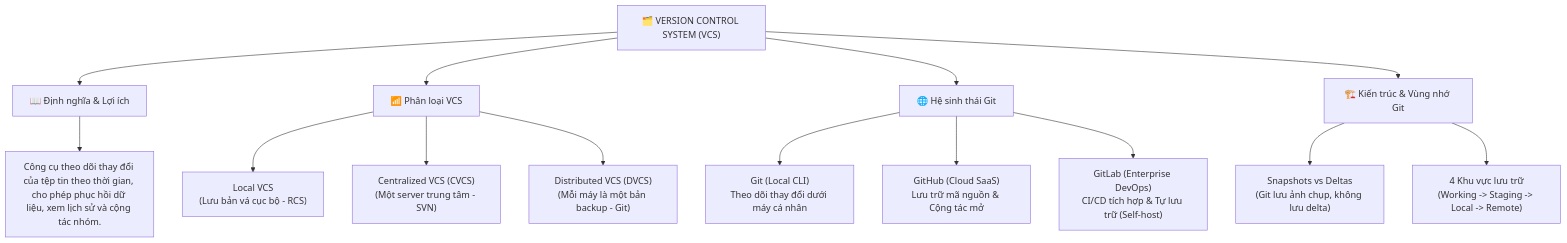
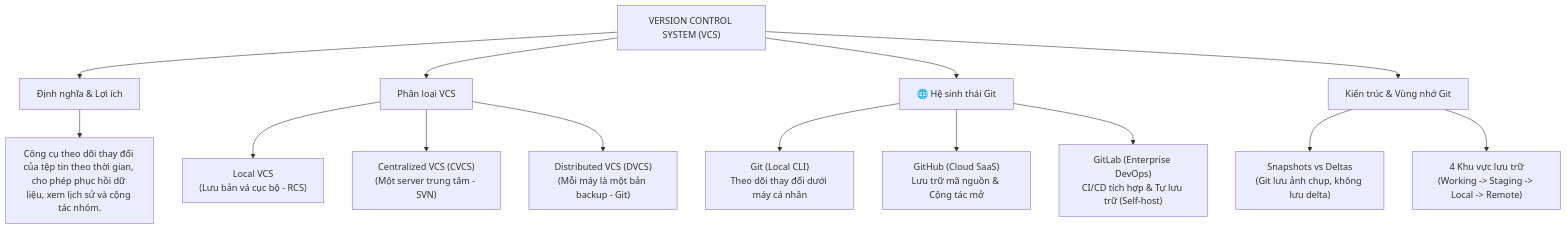
Before and after one commit to NghiaDPTWork/cs-fundamentals: the first of 2 diagrams in git/git_fundamentals.md, drawn with Mermaid. The commit also changed other lines of this file and 5 other files, not shown here.

````diff
--- a/git/git_fundamentals.md
+++ b/git/git_fundamentals.md
@@ -9,21 +9,21 @@
 ```mermaid
 graph TD
-    Root["🗂️ VERSION CONTROL SYSTEM (VCS)"]
+    Root["VERSION CONTROL SYSTEM (VCS)"]
     
-    Root --> Def["📖 Định nghĩa & Lợi ích"]
+    Root --> Def["Định nghĩa & Lợi ích"]
     Def --> Def_Detail["Công cụ theo dõi thay đổi của tệp tin theo thời gian, cho phép phục hồi dữ liệu, xem lịch sử và cộng tác nhóm."]
     
-    Root --> Types["📶 Phân loại VCS"]
+    Root --> Types["Phân loại VCS"]
     Types --> LocalVCS["Local VCS<br>(Lưu bản vá cục bộ - RCS)"]
     Types --> CVCS["Centralized VCS (CVCS)<br>(Một server trung tâm - SVN)"]
     Types --> DVCS["Distributed VCS (DVCS)<br>(Mỗi máy là một bản backup - Git)"]
     
     Root --> Eco["🌐 Hệ sinh thái Git"]
     Eco --> Git["Git (Local CLI)<br>Theo dõi thay đổi dưới máy cá nhân"]
     Eco --> GitHub["GitHub (Cloud SaaS)<br>Lưu trữ mã nguồn & Cộng tác mở"]
     Eco --> GitLab["GitLab (Enterprise DevOps)<br>CI/CD tích hợp & Tự lưu trữ (Self-host)"]
     
-    Root --> Arch["🏗️ Kiến trúc & Vùng nhớ Git"]
+    Root --> Arch["Kiến trúc & Vùng nhớ Git"]
     Arch --> Snap["Snapshots vs Deltas<br>(Git lưu ảnh chụp, không lưu delta)"]
     Arch --> Areas["4 Khu vực lưu trữ<br>(Working -> Staging -> Local -> Remote)"]
 ```
````
